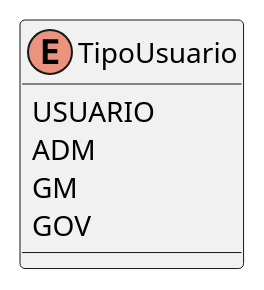
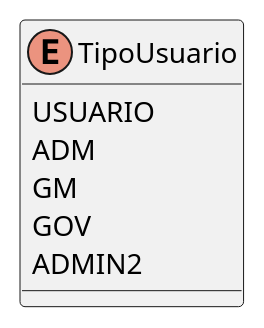
The diagram in Projeto/C4Model/Diagramas de Classe/Enums/TipoUsuario.puml (gutluana/Markab), drawn with PlantUML before and after one commit. The commit also changed 3 other files, not shown here.

```diff
--- a/Projeto/C4Model/Diagramas de Classe/Enums/TipoUsuario.puml
+++ b/Projeto/C4Model/Diagramas de Classe/Enums/TipoUsuario.puml
@@ -1,9 +1,10 @@
 @startuml
 enum TipoUsuario {
   USUARIO
   ADM
   GM
   GOV
+  ADMIN2
 }
 
 @enduml
```
